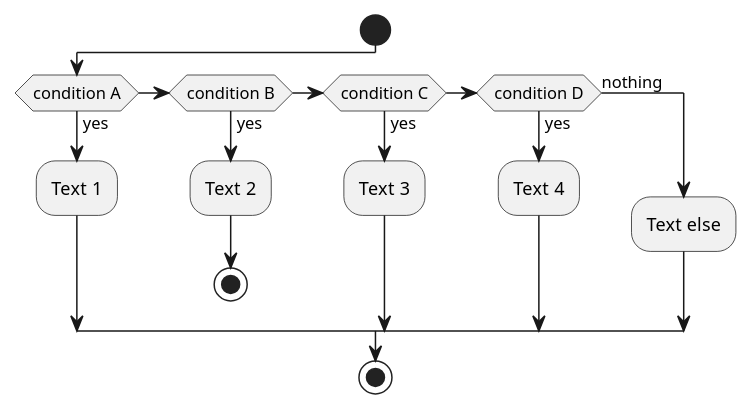
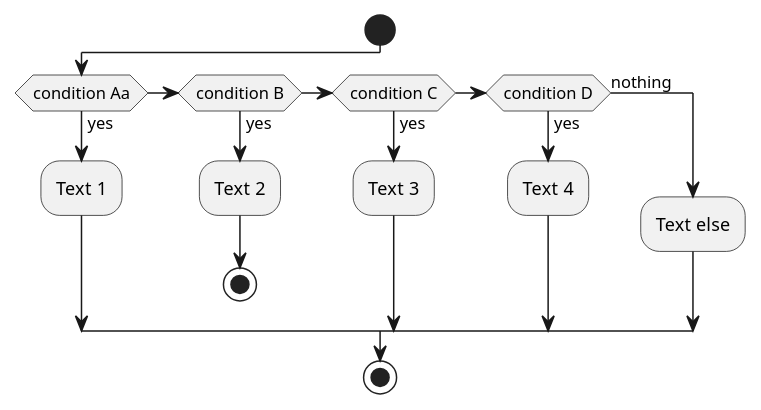
Before and after one commit to mawatari/example-project-uml: the diagram in activity-diagram.puml, drawn with PlantUML.

```diff
--- a/activity-diagram.puml
+++ b/activity-diagram.puml
@@ -1,17 +1,17 @@
 @startuml
 skinparam monochrome true
 start
-if (condition A) then (yes)
+if (condition Aa) then (yes)
   :Text 1;
 elseif (condition B) then (yes)
   :Text 2;
   stop
 elseif (condition C) then (yes)
   :Text 3;
 elseif (condition D) then (yes)
   :Text 4;
 else (nothing)
   :Text else;
 endif
 stop
 @enduml
```
